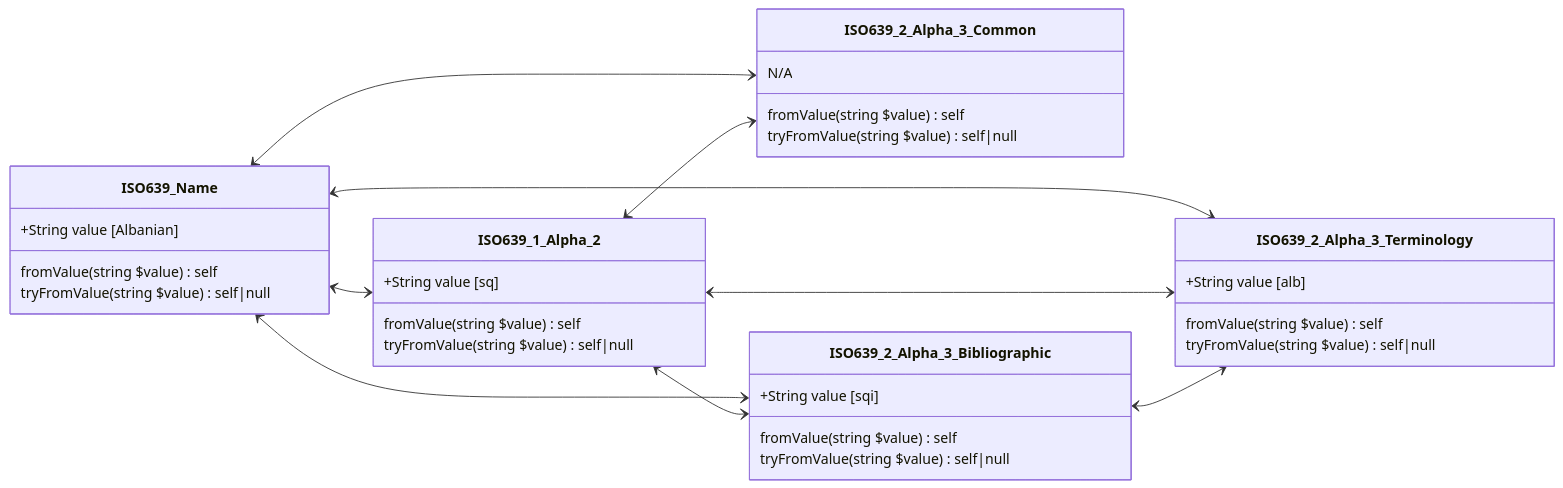
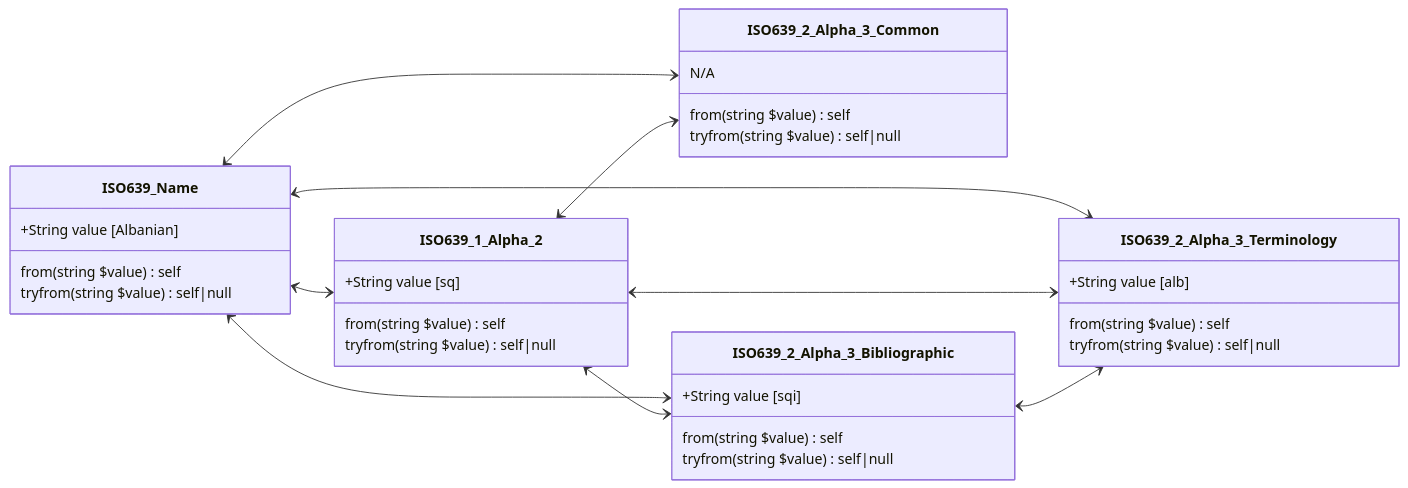
One commit to PrinsFrank/standards changed the fourth of 4 diagrams in README.md. Above: the diagram before and after it, drawn with Mermaid. The commit also changed other lines of this file, not shown here.

Commit message:
Fix incorrect native method name in class diagrams

````diff
--- a/README.md
+++ b/README.md
@@ -198,38 +198,38 @@
 ```mermaid
 classDiagram
     direction LR
     class ISO639_Name {
         +String value [Albanian]
-        fromValue(string $value) self
-        tryFromValue(string $value) self|null
+        from(string $value) self
+        tryfrom(string $value) self|null
     }
     class ISO639_1_Alpha_2 {
         +String value [sq]
-        fromValue(string $value) self
-        tryFromValue(string $value) self|null
+        from(string $value) self
+        tryfrom(string $value) self|null
     }
     class ISO639_2_Alpha_3_Common {
         N/A
-        fromValue(string $value) self
-        tryFromValue(string $value) self|null
+        from(string $value) self
+        tryfrom(string $value) self|null
     }
     class ISO639_2_Alpha_3_Terminology {
         +String value [alb]
-        fromValue(string $value) self
-        tryFromValue(string $value) self|null
+        from(string $value) self
+        tryfrom(string $value) self|null
     }
     class ISO639_2_Alpha_3_Bibliographic {
         +String value [sqi]
-        fromValue(string $value) self
-        tryFromValue(string $value) self|null
+        from(string $value) self
+        tryfrom(string $value) self|null
     }
     
     ISO639_Name <--> ISO639_1_Alpha_2
     ISO639_Name <--> ISO639_2_Alpha_3_Common
     ISO639_Name <--> ISO639_2_Alpha_3_Terminology
     ISO639_Name <--> ISO639_2_Alpha_3_Bibliographic
     ISO639_1_Alpha_2 <--> ISO639_2_Alpha_3_Bibliographic
     ISO639_1_Alpha_2 <--> ISO639_2_Alpha_3_Terminology
     ISO639_1_Alpha_2 <--> ISO639_2_Alpha_3_Common
     ISO639_2_Alpha_3_Bibliographic <--> ISO639_2_Alpha_3_Terminology
 ```
````
